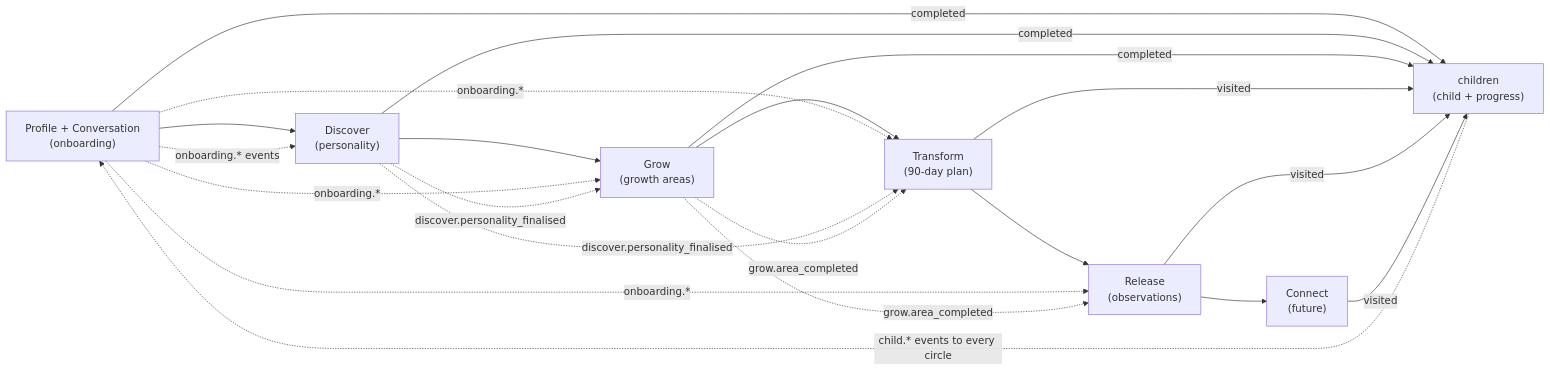
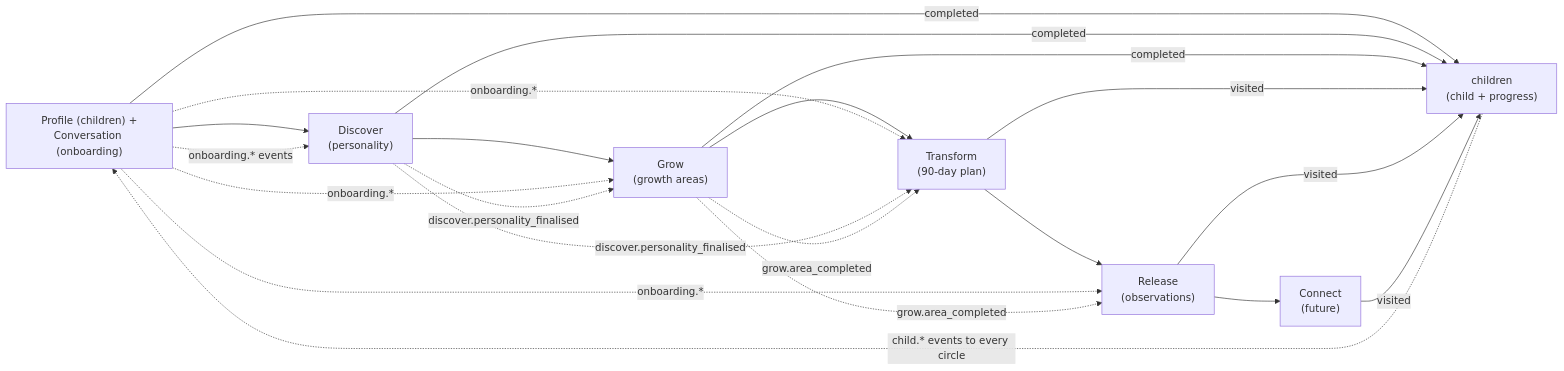
One commit to pkprincekumar7/buddy-app changed the fourth of 6 diagrams in docs/auth-users-split.md. Above: the diagram before and after it, drawn with Mermaid. The commit also changed other lines of this file, not shown here.

````diff
--- a/docs/auth-users-split.md
+++ b/docs/auth-users-split.md
@@ -383,26 +617,26 @@
 ```mermaid
 flowchart LR
-    P["Profile + Conversation<br/>(onboarding)"] --> D["Discover<br/>(personality)"]
+    P["Profile (children) +<br/>Conversation (onboarding)"] --> D["Discover<br/>(personality)"]
     D --> G["Grow<br/>(growth areas)"]
     G --> T["Transform<br/>(90-day plan)"]
     T --> RL["Release<br/>(observations)"]
     RL --> C["Connect<br/>(future)"]
 
     P -. "onboarding.* events" .-> D
     P -. "onboarding.*" .-> G
     P -. "onboarding.*" .-> T
     P -. "onboarding.*" .-> RL
     D -. "discover.personality_finalised" .-> G
     D -. "discover.personality_finalised" .-> T
     G -. "grow.area_completed" .-> T
     G -. "grow.area_completed" .-> RL
 
     CH["children<br/>(child + progress)"]
     P -- "completed" --> CH
     D -- "completed" --> CH
     G -- "completed" --> CH
     T -- "visited" --> CH
     RL -- "visited" --> CH
     C -- "visited" --> CH
     CH -. "child.* events to every circle" .-> P
 ```
````
